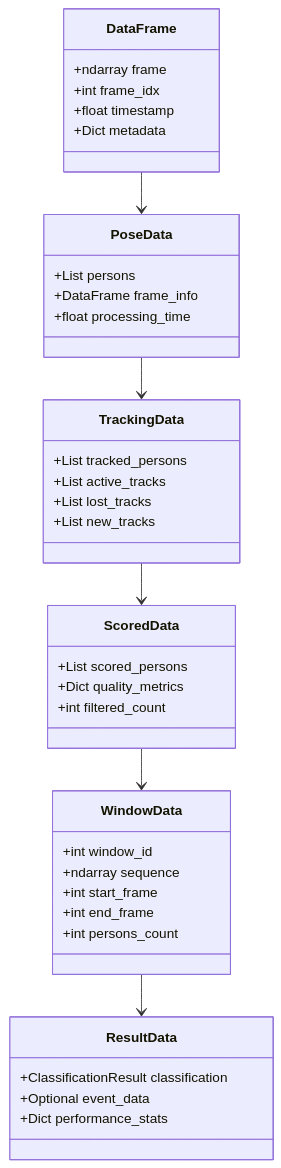
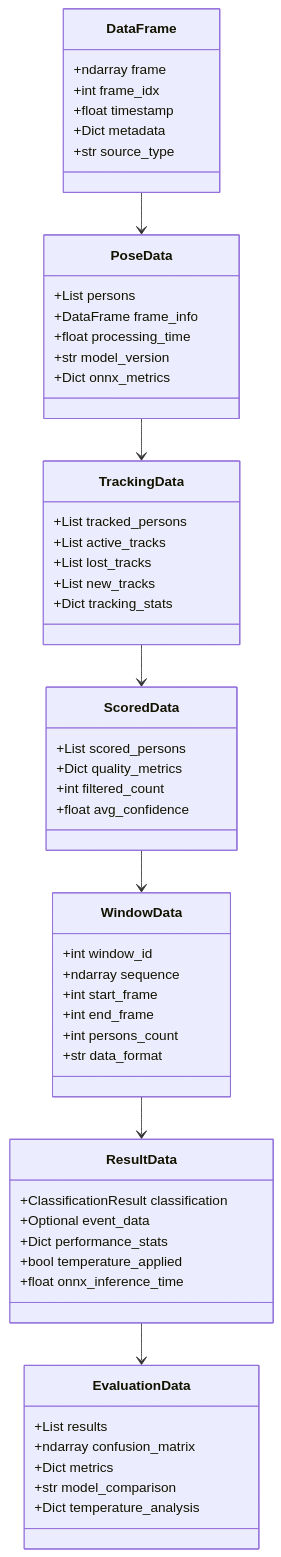
Diagram 11 of 11 in recognizer/docs/UML_DIAGRAMS.md (mars71003219/ar), drawn with Mermaid before and after one commit. The commit also changed other lines of this file and 6 other files, not shown here.

````diff
--- a/recognizer/docs/UML_DIAGRAMS.md
+++ b/recognizer/docs/UML_DIAGRAMS.md
@@ -782,48 +1022,65 @@
 ```mermaid
 classDiagram
     class DataFrame {
         +ndarray frame
         +int frame_idx
         +float timestamp
         +Dict metadata
+        +str source_type
     }
 
     class PoseData {
         +List persons
         +DataFrame frame_info
         +float processing_time
+        +str model_version
+        +Dict onnx_metrics
     }
 
     class TrackingData {
         +List tracked_persons
         +List active_tracks
         +List lost_tracks
         +List new_tracks
+        +Dict tracking_stats
     }
 
     class ScoredData {
         +List scored_persons
         +Dict quality_metrics
         +int filtered_count
+        +float avg_confidence
     }
 
     class WindowData {
         +int window_id
         +ndarray sequence
         +int start_frame
         +int end_frame
         +int persons_count
+        +str data_format
     }
 
     class ResultData {
         +ClassificationResult classification
         +Optional event_data
         +Dict performance_stats
+        +bool temperature_applied
+        +float onnx_inference_time
+    }
+
+    class EvaluationData {
+        +List results
+        +ndarray confusion_matrix
+        +Dict metrics
+        +str model_comparison
+        +Dict temperature_analysis
     }
 
     DataFrame --> PoseData
     PoseData --> TrackingData
     TrackingData --> ScoredData
     ScoredData --> WindowData
     WindowData --> ResultData
+    ResultData --> EvaluationData
 ```
````
